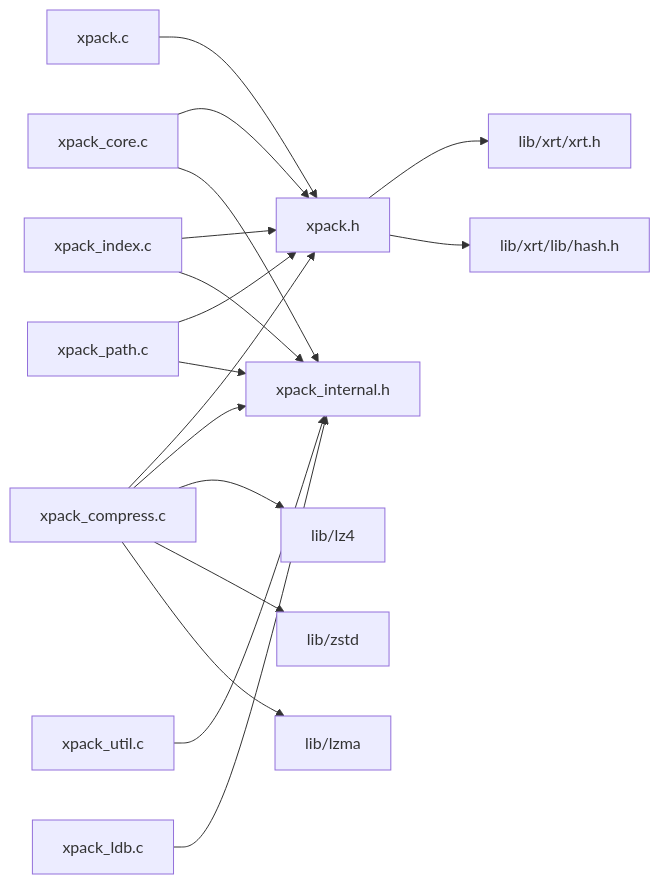
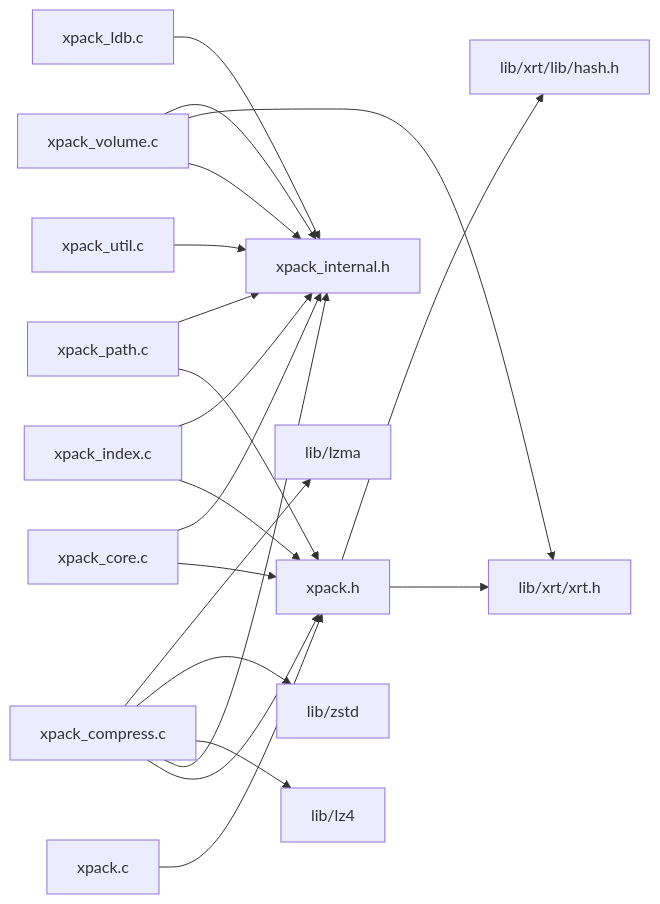
The fifth of 5 diagrams in .qoder/repowiki/zh/content/高级功能特性/高级功能特性.md (xywhsoft/xpack), drawn with Mermaid before and after one commit. The commit also changed other lines of this file and 42 other files, not shown here.

````diff
--- a/.qoder/repowiki/zh/content/高级功能特性/高级功能特性.md
+++ b/.qoder/repowiki/zh/content/高级功能特性/高级功能特性.md
@@ -211,19 +415,22 @@
 ```mermaid
 graph LR
 XP_C["xpack.c"] --> XP_H["xpack.h"]
 XP_CI["xpack_compress.c"] --> XP_H
 XP_CI --> XP_IH["xpack_internal.h"]
+XP_VOL["xpack_volume.c"] --> XP_IH
 XP_CORE["xpack_core.c"] --> XP_H
 XP_CORE --> XP_IH
 XP_IDX["xpack_index.c"] --> XP_H
 XP_IDX --> XP_IH
 XP_PATH["xpack_path.c"] --> XP_H
 XP_PATH --> XP_IH
 XP_UTIL["xpack_util.c"] --> XP_IH
 XP_LDB["xpack_ldb.c"] --> XP_IH
 XP_H --> XRT["lib/xrt/xrt.h"]
 XP_CI --> LZ4["lib/lz4"]
 XP_CI --> ZSTD["lib/zstd"]
 XP_CI --> LZMA["lib/lzma"]
 XP_H --> HASH["lib/xrt/lib/hash.h"]
+XP_VOL --> XRT
+XP_VOL --> XP_IH
 ```
````
